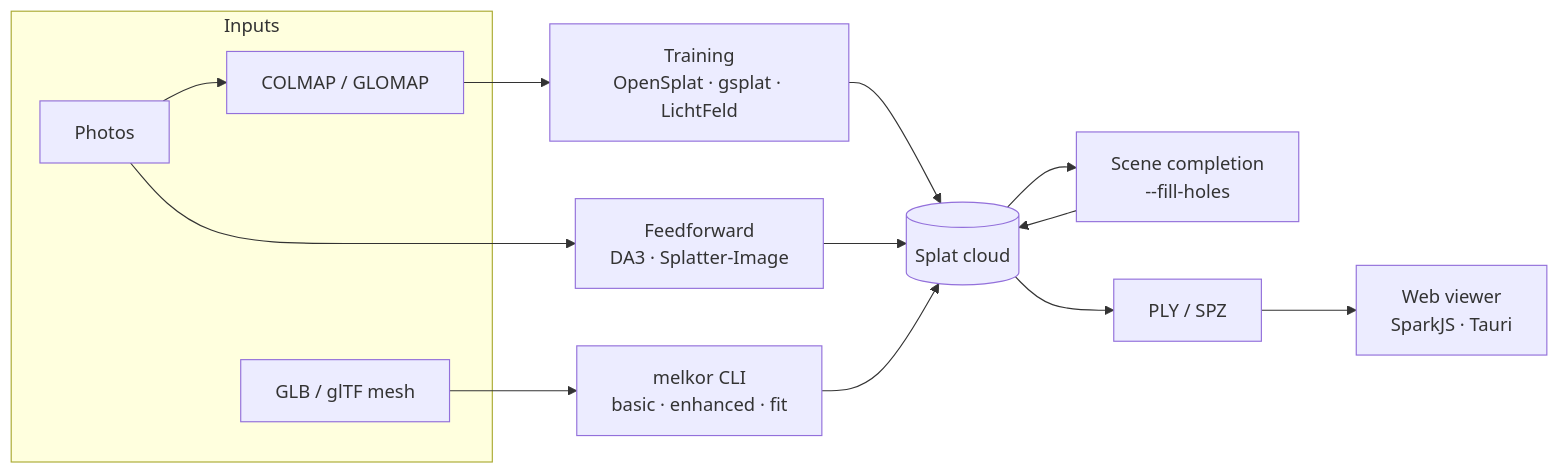
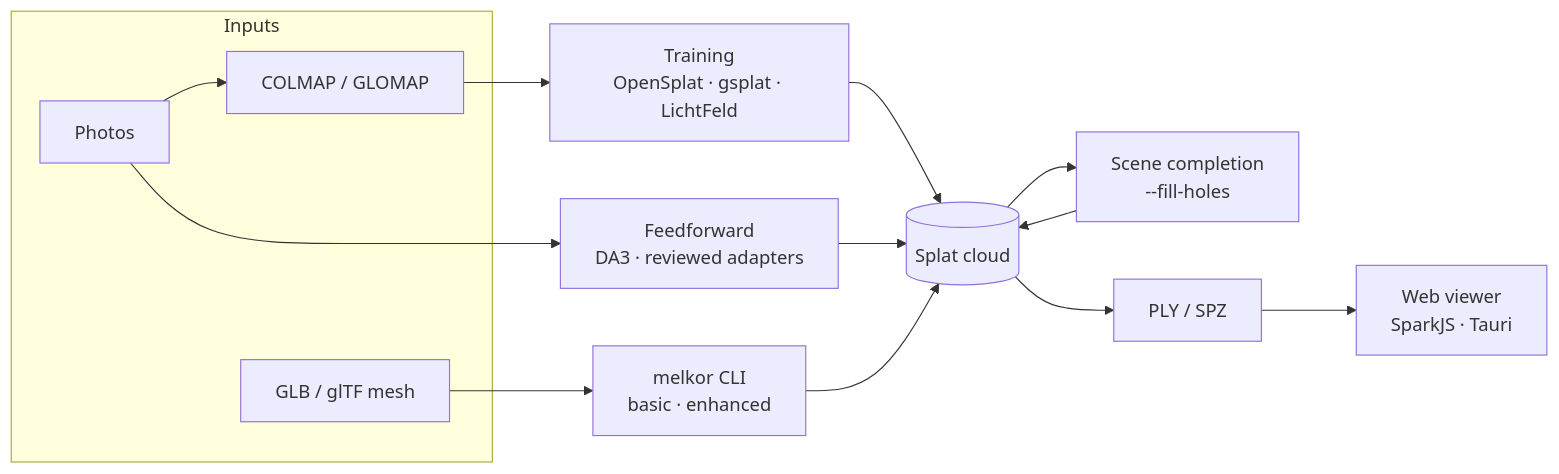
The diagram in README.md (sepahead/melkor), drawn with Mermaid before and after one commit. The commit also changed other lines of this file and 123 other files, not shown here.

````diff
--- a/README.md
+++ b/README.md
@@ -120,17 +142,17 @@
 ```mermaid
 flowchart LR
     subgraph Inputs
         P[Photos] --> SfM[COLMAP / GLOMAP]
         M[GLB / glTF mesh]
     end
     SfM --> T[Training<br/>OpenSplat · gsplat · LichtFeld]
-    P --> FF[Feedforward<br/>DA3 · Splatter-Image]
-    M --> C[melkor CLI<br/>basic · enhanced · fit]
+    P --> FF[Feedforward<br/>DA3 · reviewed adapters]
+    M --> C[melkor CLI<br/>basic · enhanced]
     T --> S[(Splat cloud)]
     FF --> S
     C --> S
     S --> SC[Scene completion<br/>--fill-holes]
     SC --> S
     S --> F[PLY / SPZ]
     F --> V[Web viewer<br/>SparkJS · Tauri]
 ```
````
